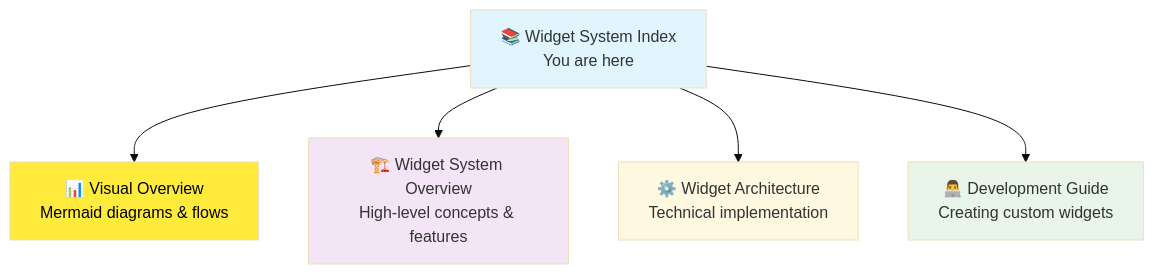
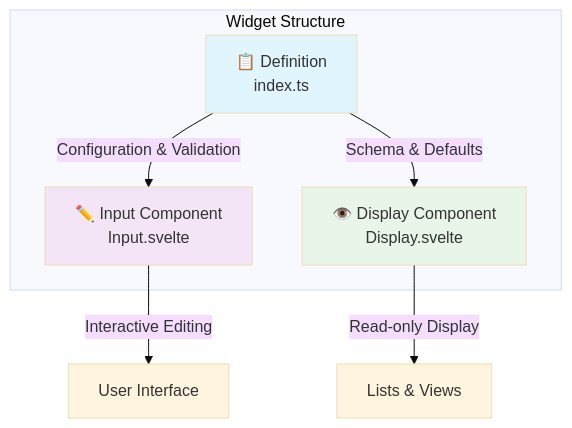
The diagram in docs/widgets/index.mdx (SveltyCMS/SveltyCMS), drawn with Mermaid (base theme) before and after one commit. The commit also changed other lines of this file and 67 other files, not shown here.

Commit message:
refactor: Unify widget validation and error handling, enhance RichText editor with color picker, and update related documentation.

````diff
--- a/docs/widgets/index.mdx
+++ b/docs/widgets/index.mdx
@@ -28,20 +37,17 @@
 ```mermaid
-graph TD
-    INDEX[📚 Widget System Index<br/>You are here]
+graph TB
+    subgraph "Widget Structure"
+        D[📋 Definition<br/>index.ts]
+        I[✏️ Input Component<br/>Input.svelte]
+        V[👁️ Display Component<br/>Display.svelte]
+    end
 
-    VISUAL[📊 Visual Overview<br/>Mermaid diagrams & flows]
-    OVERVIEW[🏗️ Widget System Overview<br/>High-level concepts & features]
-    ARCH[⚙️ Widget Architecture<br/>Technical implementation]
-    DEV[👨‍💻 Development Guide<br/>Creating custom widgets]
+    D --> |"Configuration & Validation"| I
+    D --> |"Schema & Defaults"| V
+    I --> |"Interactive Editing"| U[User Interface]
+    V --> |"Read-only Display"| L[Lists & Views]
 
-    INDEX --> VISUAL
-    INDEX --> OVERVIEW
-    INDEX --> ARCH
-    INDEX --> DEV
-
-    style INDEX fill:#e1f5fe
-    style VISUAL fill:#ffeb3b,color:#000
-    style OVERVIEW fill:#f3e5f5
-    style ARCH fill:#fff8e1
-    style DEV fill:#e8f5e8
+    style D fill:#e1f5fe
+    style I fill:#f3e5f5
+    style V fill:#e8f5e8
 ```
````
